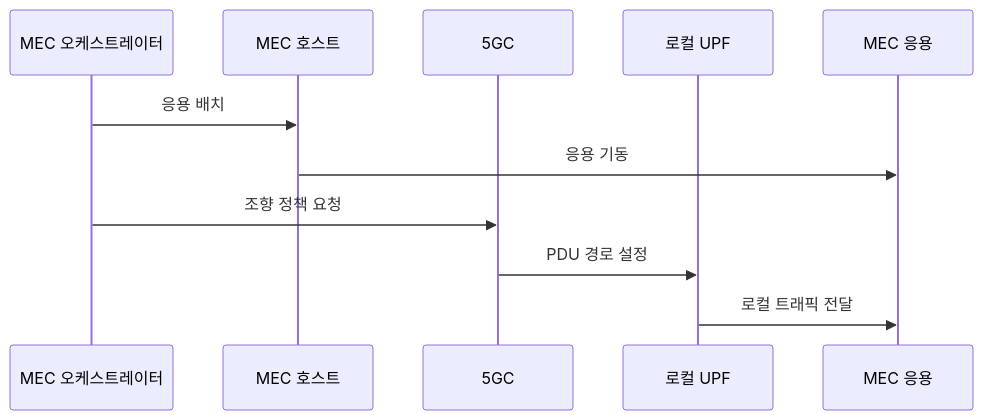
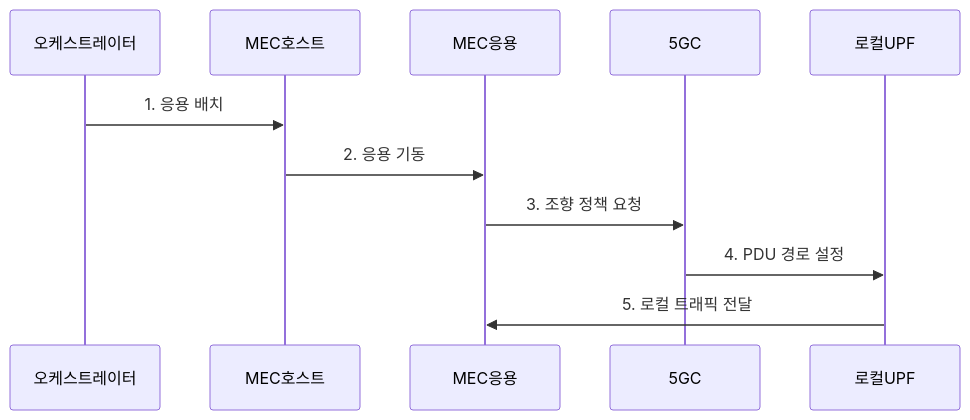
One commit to agnusdei1207/knowledge-base changed the second of 2 diagrams in src/content/docs/notes/04-network/046_mobile_edge_computing.md. Above: the diagram before and after it, drawn with Mermaid. The commit also changed other lines of this file and 20 other files, not shown here.

````diff
--- a/src/content/docs/notes/04-network/046_mobile_edge_computing.md
+++ b/src/content/docs/notes/04-network/046_mobile_edge_computing.md
@@ -89,13 +82,13 @@
 ```mermaid
 sequenceDiagram
-    participant O as MEC 오케스트레이터
-    participant H as MEC 호스트
-    participant C as 5GC
-    participant U as 로컬 UPF
-    participant A as MEC 응용
-    O->>H: 응용 배치
-    H->>A: 응용 기동
-    O->>C: 조향 정책 요청
-    C->>U: PDU 경로 설정
-    U->>A: 로컬 트래픽 전달
+    participant 오케스트레이터
+    participant MEC호스트
+    participant MEC응용
+    participant 5GC
+    participant 로컬UPF
+    오케스트레이터->>MEC호스트: 1. 응용 배치
+    MEC호스트->>MEC응용: 2. 응용 기동
+    MEC응용->>5GC: 3. 조향 정책 요청
+    5GC->>로컬UPF: 4. PDU 경로 설정
+    로컬UPF->>MEC응용: 5. 로컬 트래픽 전달
 ```
````
